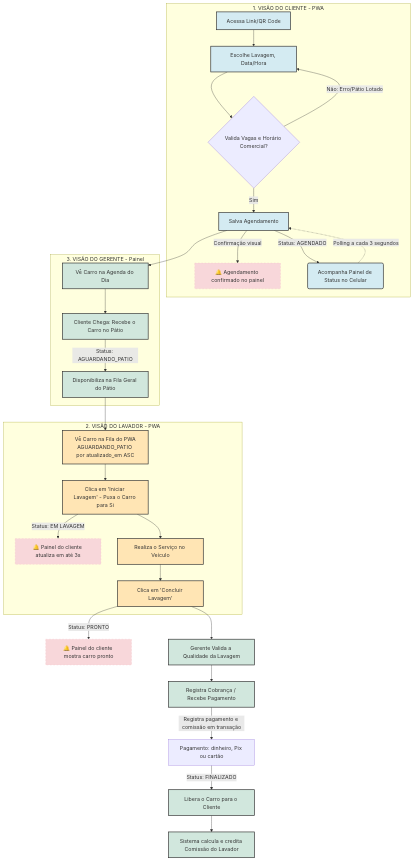
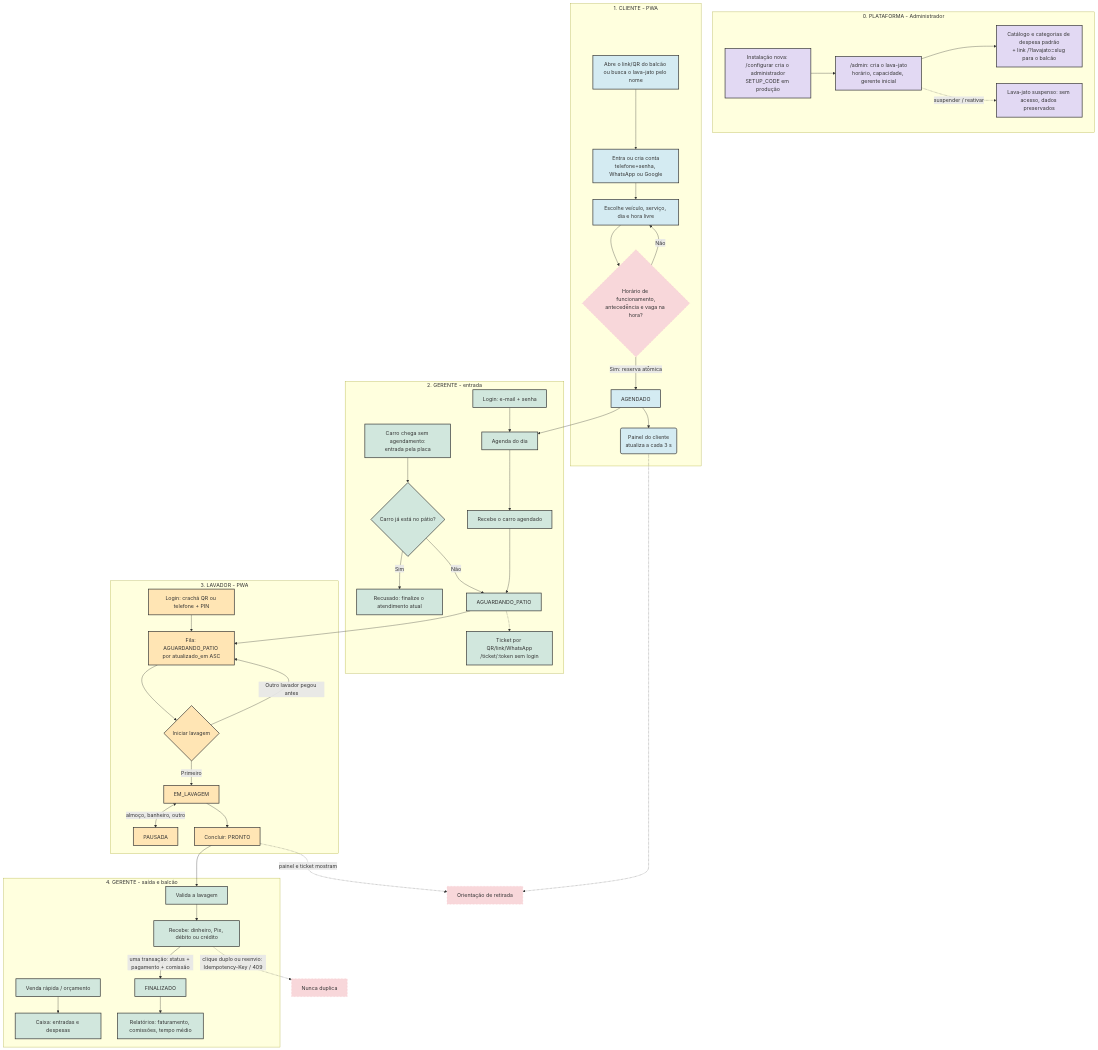
The diagram in diagram-usecase-washflow-system.mermaid (mayconaraujosantos/washflow-app), drawn with Mermaid before and after one commit. The commit also changed 12 other files, not shown here.

First line of the commit message:
docs: system design for the multi-lava-jato platform

```diff
--- a/diagram-usecase-washflow-system.mermaid
+++ b/diagram-usecase-washflow-system.mermaid
@@ -1,50 +1,66 @@
+%% Fluxo de uso do Washflow (multi-lava-jato). Detalhes e diagramas de sequência: docs/system-design/
 graph TD
-    %% Estilos
+    classDef admin fill:#e2d9f3,stroke:#333,stroke-width:2px;
     classDef cliente fill:#d4ebf2,stroke:#333,stroke-width:2px;
     classDef lavador fill:#ffe5b4,stroke:#333,stroke-width:2px;
     classDef gerente fill:#d1e7dd,stroke:#333,stroke-width:2px;
-    classDef notificacao fill:#f8d7da,stroke:#f5c2c7,stroke-width:1px,stroke-dasharray: 5 5;
+    classDef sistema fill:#f8d7da,stroke:#f5c2c7,stroke-width:1px,stroke-dasharray: 5 5;
 
-    %% Canal do Cliente
-    subgraph C1 [1. VISÃO DO CLIENTE - PWA]
-        A[Acessa Link/QR Code] --> B[Escolhe Lavagem, Data/Hora]
-        B --> VALIDA{Valida Vagas e Horário Comercial?}
-        
-        VALIDA -->|Não: Erro/Pátio Lotado| B
-        VALIDA -->|Sim| C[Salva Agendamento]
-        
-        C -->|Confirmação visual| NOT1[🔔 Agendamento confirmado no painel]
-        C -->|Status: AGENDADO| D(Acompanha Painel de Status no Celular)
-        D -.->|Polling a cada 3 segundos| C
+    %% 0. Plataforma
+    subgraph P0 [0. PLATAFORMA - Administrador]
+        S1[Instalação nova: /configurar cria o administrador<br/>SETUP_CODE em produção] --> S2["/admin: cria o lava-jato<br/>horário, capacidade, gerente inicial"]
+        S2 --> S3[Catálogo e categorias de despesa padrão<br/>+ link /?lavajato=slug para o balcão]
+        S2 -.->|suspender / reativar| S4[Lava-jato suspenso: sem acesso, dados preservados]
     end
 
-    %% Canal do Gerente (Entrada)
-    subgraph G1 [3. VISÃO DO GERENTE - Painel]
-        C --> E[Vê Carro na Agenda do Dia]
-        E --> F[Cliente Chega: Recebe o Carro no Pátio]
-        F -->|Status: AGUARDANDO_PATIO| G[Disponibiliza na Fila Geral do Pátio]
+    %% 1. Cliente
+    subgraph C1 [1. CLIENTE - PWA]
+        A[Abre o link/QR do balcão ou busca o lava-jato pelo nome] --> A2[Entra ou cria conta<br/>telefone+senha, WhatsApp ou Google]
+        A2 --> B[Escolhe veículo, serviço, dia e hora livre]
+        B --> VALIDA{Horário de funcionamento,<br/>antecedência e vaga na hora?}
+        VALIDA -->|Não| B
+        VALIDA -->|Sim: reserva atômica| C[AGENDADO]
+        C --> D(Painel do cliente<br/>atualiza a cada 3 s)
     end
 
-    %% Canal do Lavador
-    subgraph L1 [2. VISÃO DO LAVADOR - PWA]
-        G --> H[Vê Carro na Fila do PWA<br/>AGUARDANDO_PATIO por atualizado_em ASC]
-        H --> I[Clica em 'Iniciar Lavagem' - Puxa o Carro para Si]
-        
-        I -->|Status: EM LAVAGEM| NOT2[🔔 Painel do cliente atualiza em até 3s]
-        I --> J[Realiza o Serviço no Veículo]
-        J --> K[Clica em 'Concluir Lavagem']
+    %% 2. Gerente: entrada
+    subgraph G1 [2. GERENTE - entrada]
+        GL[Login: e-mail + senha] --> E[Agenda do dia]
+        C --> E
+        E --> F[Recebe o carro agendado]
+        W[Carro chega sem agendamento:<br/>entrada pela placa] --> PLACA{Carro já está no pátio?}
+        PLACA -->|Sim| W409[Recusado: finalize o atendimento atual]
+        PLACA -->|Não| G
+        F --> G[AGUARDANDO_PATIO]
+        G -.-> TK[Ticket por QR/link/WhatsApp<br/>/ticket/:token sem login]
     end
 
-    %% Canal do Gerente / Cliente (Saída)
-    K -->|Status: PRONTO| NOT3[🔔 Painel do cliente mostra carro pronto]
-    K --> M[Gerente Valida a Qualidade da Lavagem]
-    M --> N[Registra Cobrança / Recebe Pagamento]
-    N -->|Registra pagamento e comissão em transação| N1[Pagamento: dinheiro, Pix ou cartão]
-    N1 -->|Status: FINALIZADO| O[Libera o Carro para o Cliente]
-    O --> P[Sistema calcula e credita Comissão do Lavador]
+    %% 3. Lavador
+    subgraph L1 [3. LAVADOR - PWA]
+        LL[Login: crachá QR ou telefone + PIN] --> H
+        G --> H[Fila: AGUARDANDO_PATIO por atualizado_em ASC]
+        H --> I{Iniciar lavagem}
+        I -->|Outro lavador pegou antes| H
+        I -->|Primeiro| J[EM_LAVAGEM]
+        J <-->|almoço, banheiro, outro| JP[PAUSADA]
+        J --> K[Concluir: PRONTO]
+    end
 
-    %% Aplicando Classes
-    class A,B,C,D cliente;
-    class H,I,J,K lavador;
-    class E,F,G,M,N,O,P gerente;
-    class NOT1,NOT2,NOT3 notificacao;
+    %% 4. Gerente: saída
+    subgraph G2 [4. GERENTE - saída e balcão]
+        K --> M[Valida a lavagem]
+        M --> N[Recebe: dinheiro, Pix, débito ou crédito]
+        N -->|uma transação: status + pagamento + comissão| O[FINALIZADO]
+        V[Venda rápida / orçamento] --> CX[Caixa: entradas e despesas]
+        O --> R[Relatórios: faturamento, comissões, tempo médio]
+    end
+
+    K -.->|painel e ticket mostram| PR[Orientação de retirada]
+    D -.-> PR
+    N -.->|clique duplo ou reenvio: Idempotency-Key / 409| DUP[Nunca duplica]
+
+    class S1,S2,S3,S4 admin;
+    class A,A2,B,C,D cliente;
+    class LL,H,I,J,JP,K lavador;
+    class GL,E,F,W,G,M,N,O,V,CX,R,PLACA,W409,TK gerente;
+    class VALIDA,PR,DUP sistema;
```
